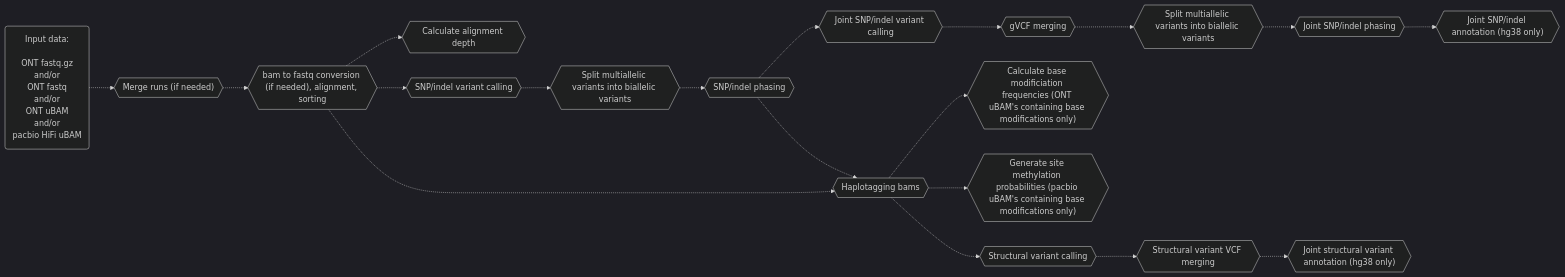
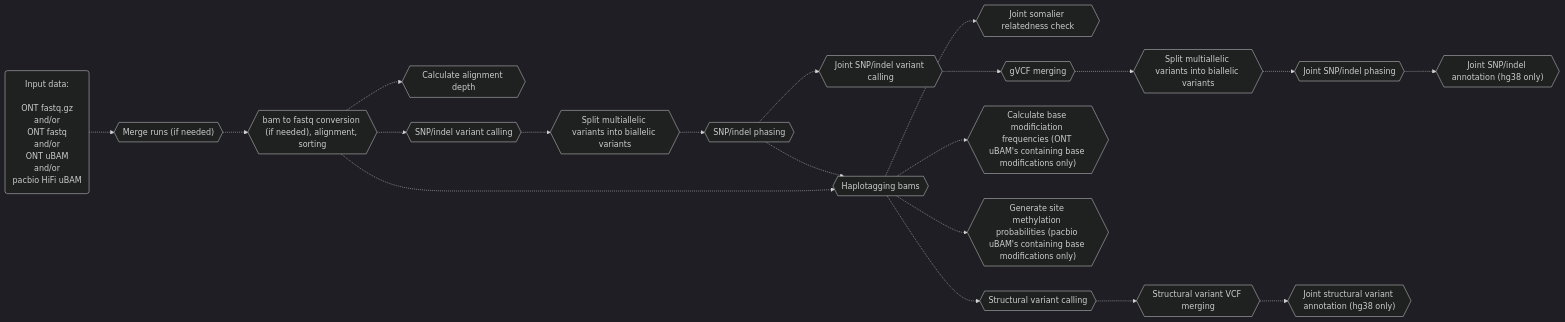
Before and after one commit to leahkemp/pipeface: the second of 4 diagrams in README.md, drawn with Mermaid. The commit also changed other lines of this file and 5 other files, not shown here.

````diff
--- a/README.md
+++ b/README.md
@@ -50,32 +50,34 @@
 ```mermaid
 %%{init: {'theme':'dark'}}%%
 flowchart LR
 
 input_data("Input data: <br><br> ONT fastq.gz <br> and/or <br> ONT fastq <br> and/or <br> ONT uBAM <br> and/or <br> pacbio HiFi uBAM")
 merging{{"Merge runs (if needed)"}}
 alignment{{"bam to fastq conversion (if needed), alignment, sorting"}}
 depth{{"Calculate alignment depth"}}
 snp_indel_calling{{"SNP/indel variant calling"}}
 split_multiallele{{"Split multiallelic variants into biallelic variants"}}
 snp_indel_phasing{{"SNP/indel phasing"}}
 joint_snp_indel_calling{{"Joint SNP/indel variant calling"}}
+joint_somalier{{"Joint somalier relatedness check"}}
 gvcf_merging{{"gVCF merging"}}
 joint_split_multiallele{{"Split multiallelic variants into biallelic variants"}}
 joint_snp_indel_phasing{{"Joint SNP/indel phasing"}}
 joint_snp_indel_annotation{{"Joint SNP/indel annotation (hg38 only)"}}
 haplotagging{{"Haplotagging bams"}}
 calculate_base_mod_freqs{{"Calculate base modificiation frequencies (ONT uBAM's containing base modifications only)"}}
 generate_meth_probs{{"Generate site methylation probabilities (pacbio uBAM's containing base modifications only)"}}
 sv_calling{{"Structural variant calling"}}
 sv_vcf_merging{{"Structural variant VCF merging"}}
 joint_sv_annotation{{"Joint structural variant annotation (hg38 only)"}}
 
 input_data-.->merging-.->alignment-.->snp_indel_calling-.->split_multiallele-.->snp_indel_phasing-.->haplotagging-.->sv_calling
 alignment-.->depth
 alignment-.->haplotagging
 haplotagging-.->calculate_base_mod_freqs
 haplotagging-.->generate_meth_probs
+haplotagging-.->joint_somalier
 snp_indel_phasing-.->joint_snp_indel_calling-.->gvcf_merging-.->joint_split_multiallele-.->joint_snp_indel_phasing-.->joint_snp_indel_annotation
 sv_calling-.->sv_vcf_merging-.->joint_sv_annotation
 
 ```
````
